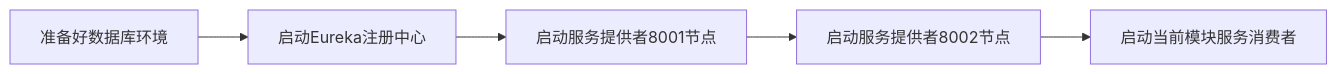
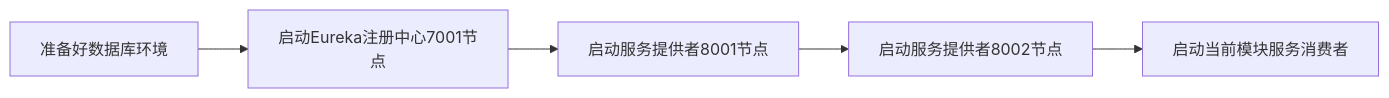
Before and after one commit to lingwh1995/blog: the fourth of 4 diagrams in docs/blogs/backend/springcloud/springcloud-eureka/shardings/springcloud-eureka-chapter-5.使用Ribbon实现客户端负载均衡.md, drawn with Mermaid. The commit also changed other lines of this file and 1716 other files, not shown here.

````diff
--- a/docs/blogs/backend/springcloud/springcloud-eureka/shardings/springcloud-eureka-chapter-5.使用Ribbon实现客户端负载均衡.md
+++ b/docs/blogs/backend/springcloud/springcloud-eureka/shardings/springcloud-eureka-chapter-5.使用Ribbon实现客户端负载均衡.md
@@ -253,7 +308,7 @@
 ```mermaid
 flowchart LR
-    准备好数据库环境-->启动Eureka注册中心
-    启动Eureka注册中心-->启动服务提供者8001节点
+    准备好数据库环境-->启动Eureka注册中心7001节点
+    启动Eureka注册中心7001节点-->启动服务提供者8001节点
     启动服务提供者8001节点-->启动服务提供者8002节点
     启动服务提供者8002节点-->启动当前模块服务消费者
 ```
````
